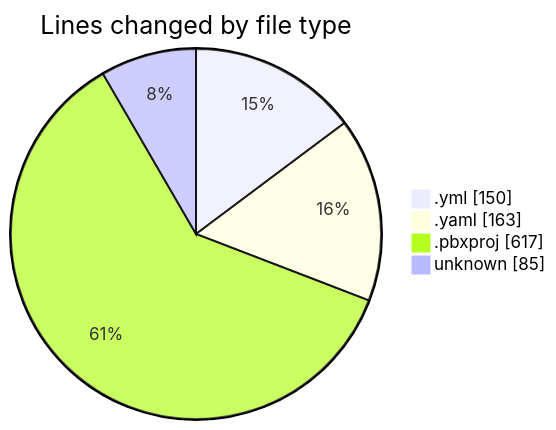
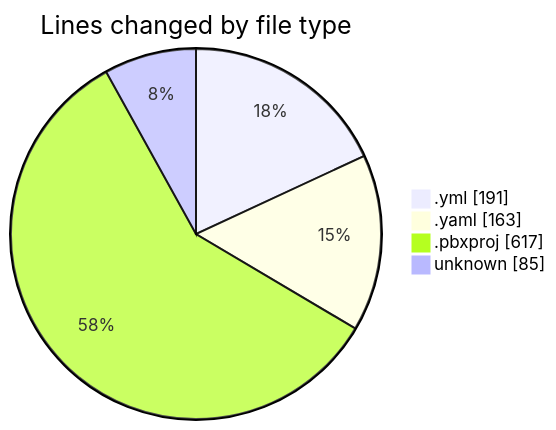
Before and after one commit to lephambinh05/code-tracking: the first of 2 diagrams in 2025-08-08/studybuddy/README.md, drawn with Mermaid. The commit also changed other lines of this file and 1 other file, not shown here.

````diff
--- a/2025-08-08/studybuddy/README.md
+++ b/2025-08-08/studybuddy/README.md
@@ -24,8 +24,8 @@
 ```mermaid
 pie showData
 title Lines changed by file type
-".yml" : 150
+".yml" : 191
 ".yaml" : 163
 ".pbxproj" : 617
 "unknown" : 85
 ```
````
